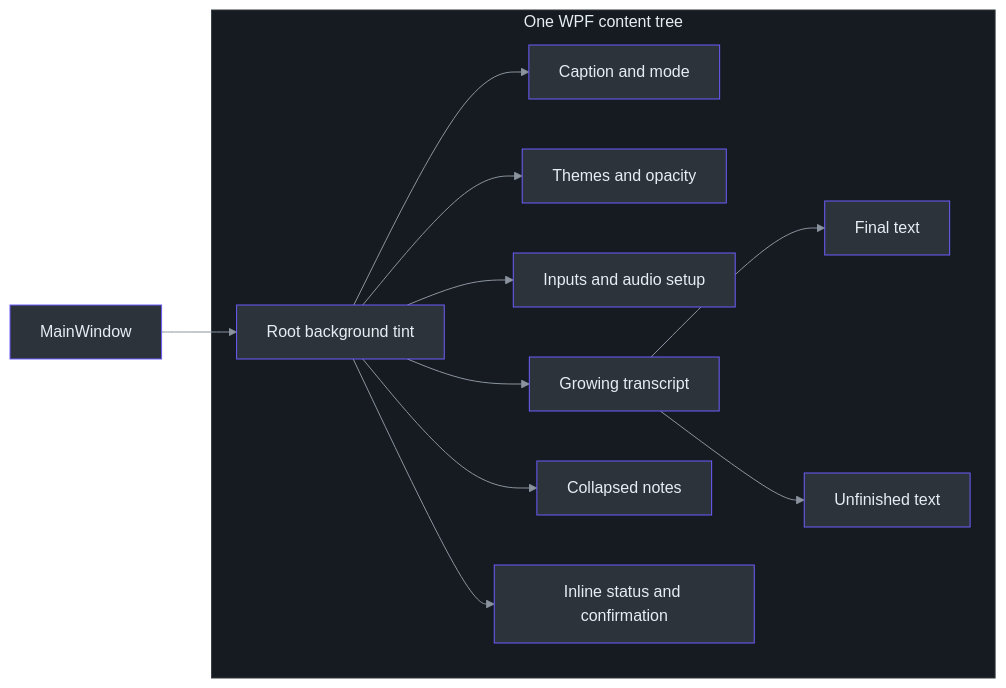
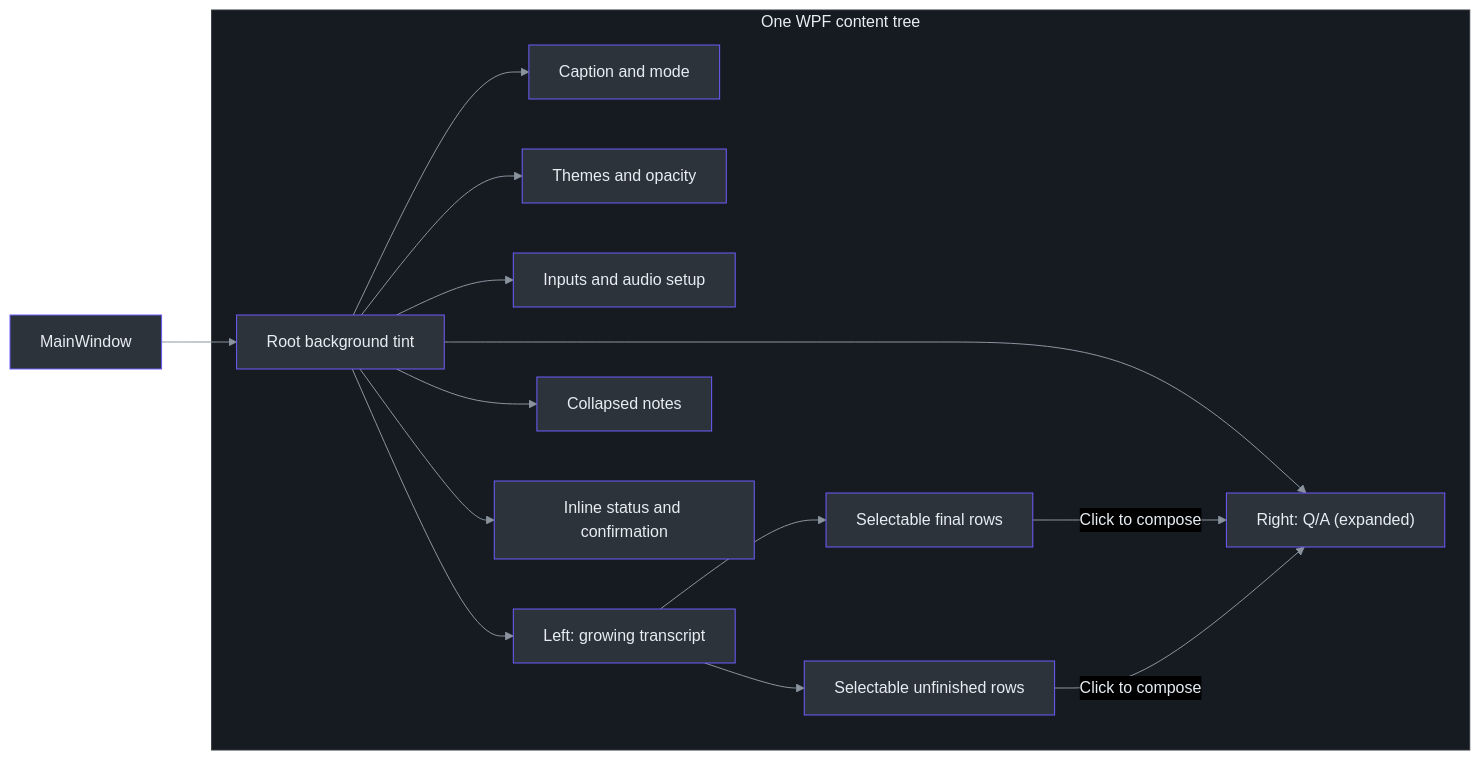
Before and after one commit to Zanark/phantom-fudge: the first of 2 diagrams in docs/handbook/05-desktop-ui-and-themes.md, drawn with Mermaid. The commit also changed other lines of this file and 371 other files, not shown here.

````diff
--- a/docs/handbook/05-desktop-ui-and-themes.md
+++ b/docs/handbook/05-desktop-ui-and-themes.md
@@ -30,30 +94,34 @@
 ```mermaid
 ---
 config: {"theme":"base","themeVariables":{"darkMode":true,"primaryColor":"#2d333b","primaryBorderColor":"#6d5dfc","primaryTextColor":"#e6edf3","lineColor":"#8b949e","textColor":"#e6edf3","clusterBkg":"#161b22","clusterBorder":"#30363d"}}
 ---
 flowchart LR
     accTitle: Transcript-first visual tree
-    accDescr: One window contains opaque controls, a translucent content tint, and inline optional panels.
+    accDescr: One window contains opaque controls, a translucent content tint, selectable transcript rows and an initially expanded question panel. Direct clicks compose a question without submitting it.
     Window["MainWindow"] --> Tint["Root background tint"]
     subgraph Tree["One WPF content tree"]
         Tint --> Header["Caption and mode"]
         Tint --> Themes["Themes and opacity"]
         Tint --> Audio["Inputs and audio setup"]
-        Tint --> Transcript["Growing transcript"]
-        Transcript --> Final["Final text"]
-        Transcript --> Partial["Unfinished text"]
+        Tint --> Transcript["Left: growing transcript"]
+        Tint --> Question["Right: Q/A (expanded)"]
+        Transcript --> Final["Selectable final rows"]
+        Transcript --> Partial["Selectable unfinished rows"]
+        Final -->|Click to compose| Question
+        Partial -->|Click to compose| Question
         Tint --> Notes["Collapsed notes"]
         Tint --> Notices["Inline status and confirmation"]
     end
     style Tree fill:#161b22,stroke:#30363d,color:#e6edf3
     style Window fill:#2d333b,stroke:#6d5dfc,color:#e6edf3
     style Tint fill:#2d333b,stroke:#6d5dfc,color:#e6edf3
     style Header fill:#2d333b,stroke:#6d5dfc,color:#e6edf3
     style Themes fill:#2d333b,stroke:#6d5dfc,color:#e6edf3
     style Audio fill:#2d333b,stroke:#6d5dfc,color:#e6edf3
     style Transcript fill:#2d333b,stroke:#6d5dfc,color:#e6edf3
+    style Question fill:#2d333b,stroke:#6d5dfc,color:#e6edf3
     style Final fill:#2d333b,stroke:#6d5dfc,color:#e6edf3
     style Partial fill:#2d333b,stroke:#6d5dfc,color:#e6edf3
     style Notes fill:#2d333b,stroke:#6d5dfc,color:#e6edf3
     style Notices fill:#2d333b,stroke:#6d5dfc,color:#e6edf3
 ```
````
